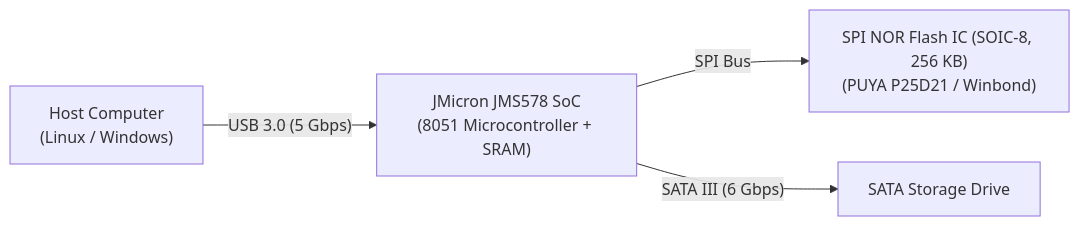
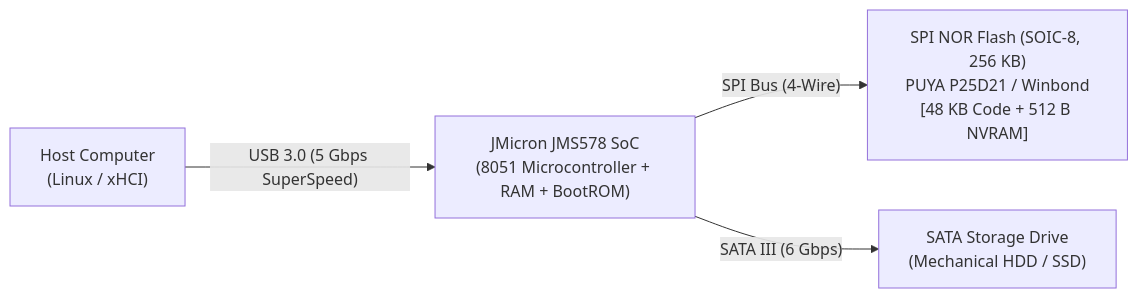
The first of 5 diagrams in README.md (khoipm06/jms578-firmware-guide), drawn with Mermaid before and after one commit. The commit also changed other lines of this file and 3 other files, not shown here.

````diff
--- a/README.md
+++ b/README.md
@@ -24,6 +41,6 @@
 ```mermaid
 graph LR
-    Host["Host Computer<br/>(Linux / Windows)"] -- "USB 3.0 (5 Gbps)" --> JMS578["JMicron JMS578 SoC<br/>(8051 Microcontroller + SRAM)"]
-    JMS578 -- "SPI Bus" --> SPIFlash["SPI NOR Flash IC (SOIC-8, 256 KB)<br/>(PUYA P25D21 / Winbond)"]
-    JMS578 -- "SATA III (6 Gbps)" --> Drive["SATA Storage Drive"]
+    Host["Host Computer<br/>(Linux / xHCI)"] -- "USB 3.0 (5 Gbps SuperSpeed)" --> JMS578["JMicron JMS578 SoC<br/>(8051 Microcontroller + RAM + BootROM)"]
+    JMS578 -- "SPI Bus (4-Wire)" --> SPIFlash["SPI NOR Flash (SOIC-8, 256 KB)<br/>PUYA P25D21 / Winbond<br/>[48 KB Code + 512 B NVRAM]"]
+    JMS578 -- "SATA III (6 Gbps)" --> Drive["SATA Storage Drive<br/>(Mechanical HDD / SSD)"]
 ```
````
